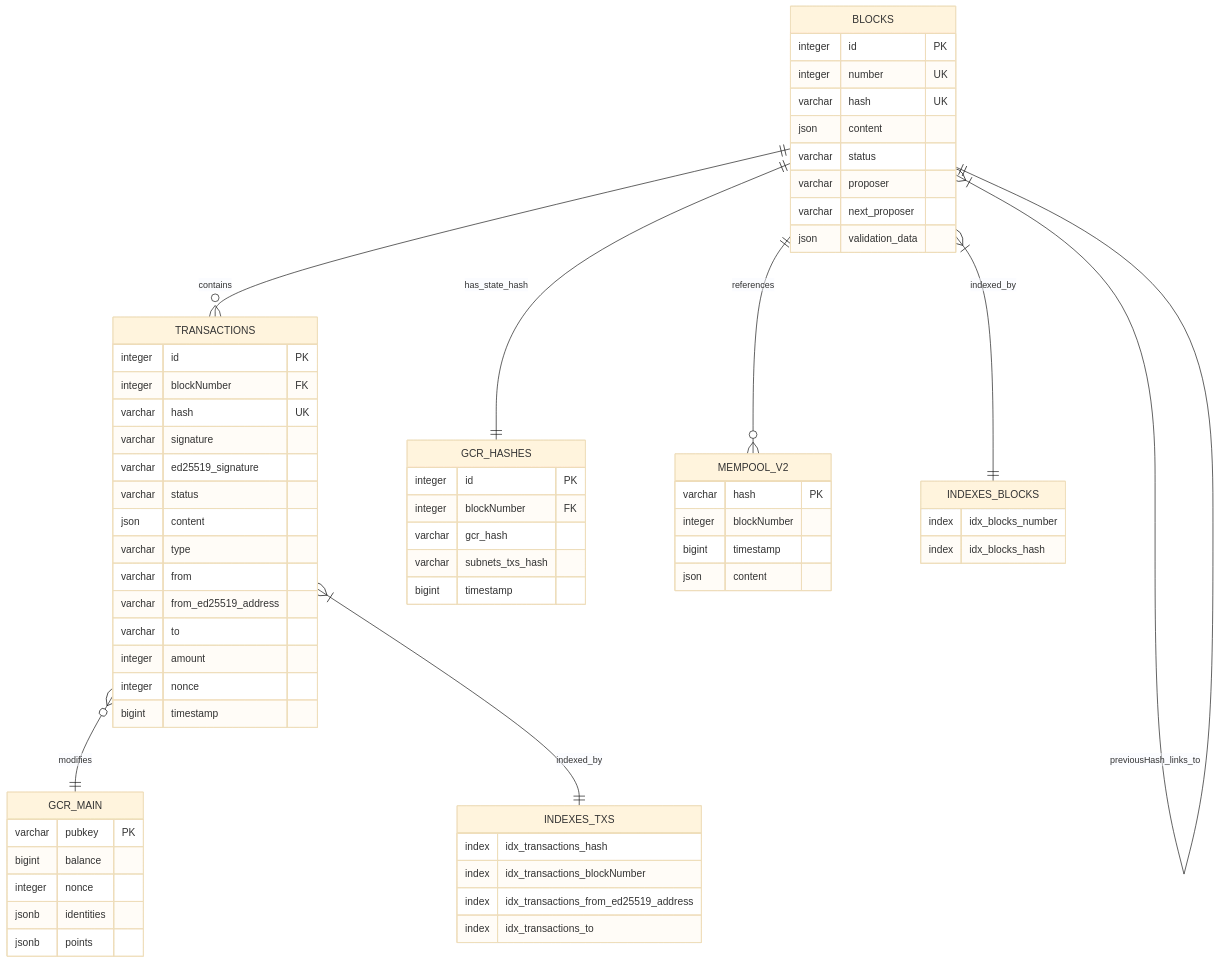
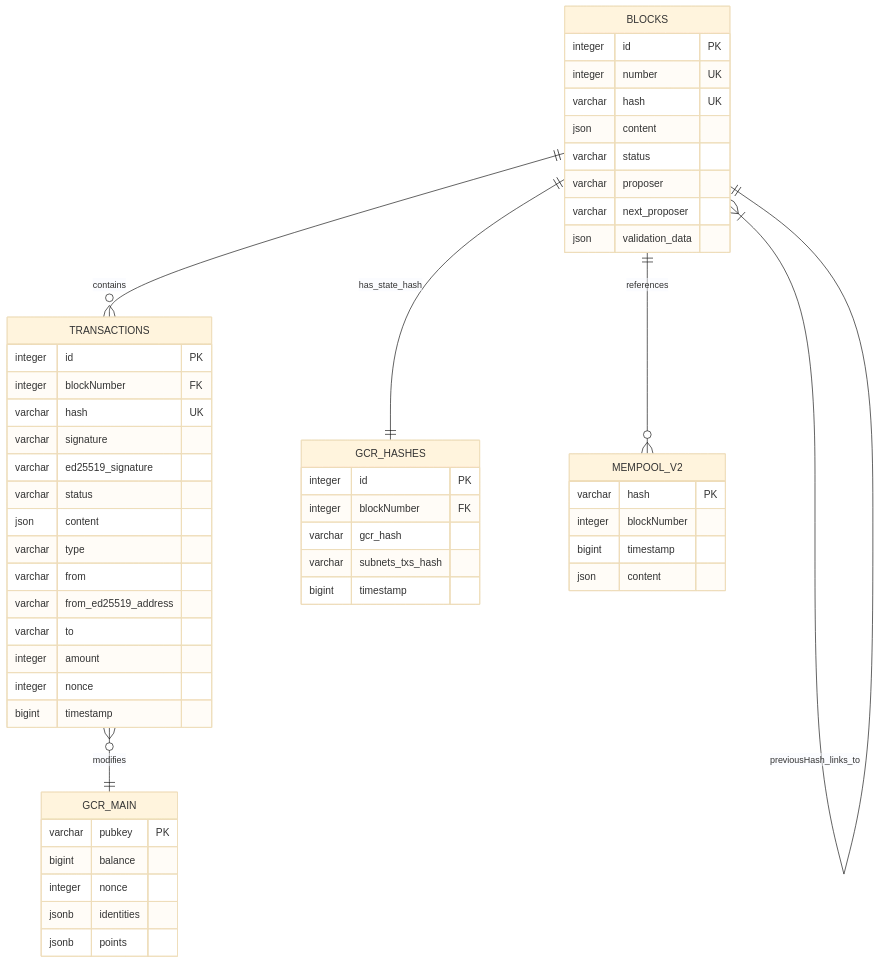
One commit to Shitikyan/node changed the eighth of 9 diagrams in diagrams/block-creation/BLOCK_CREATION_VALIDATION.md. Above: the diagram before and after it, drawn with Mermaid (base theme). The commit also changed other lines of this file and 6 other files, not shown here.

````diff
--- a/diagrams/block-creation/BLOCK_CREATION_VALIDATION.md
+++ b/diagrams/block-creation/BLOCK_CREATION_VALIDATION.md
@@ -533,74 +533,59 @@
 ```mermaid
 erDiagram
     BLOCKS {
         integer id PK
         integer number UK
         varchar hash UK
         json content
         varchar status
         varchar proposer
         varchar next_proposer
         json validation_data
     }
 
     TRANSACTIONS {
         integer id PK
         integer blockNumber FK
         varchar hash UK
         varchar signature
         varchar ed25519_signature
         varchar status
         json content
         varchar type
         varchar from
         varchar from_ed25519_address
         varchar to
         integer amount
         integer nonce
         bigint timestamp
     }
 
     GCR_HASHES {
         integer id PK
         integer blockNumber FK
         varchar gcr_hash
         varchar subnets_txs_hash
         bigint timestamp
     }
 
     GCR_MAIN {
         varchar pubkey PK
         bigint balance
         integer nonce
         jsonb identities
         jsonb points
     }
 
     MEMPOOL_V2 {
         varchar hash PK
         integer blockNumber
         bigint timestamp
         json content
     }
 
     BLOCKS ||--o{ TRANSACTIONS : contains
     BLOCKS ||--|| GCR_HASHES : has_state_hash
     BLOCKS ||--o{ MEMPOOL_V2 : references
     TRANSACTIONS }o--|| GCR_MAIN : modifies
     BLOCKS }|--|| BLOCKS : previousHash_links_to
-
-    BLOCKS }|--|| INDEXES_BLOCKS : indexed_by
-    TRANSACTIONS }|--|| INDEXES_TXS : indexed_by
-
-    INDEXES_BLOCKS {
-        index idx_blocks_number
-        index idx_blocks_hash
-    }
-
-    INDEXES_TXS {
-        index idx_transactions_hash
-        index idx_transactions_blockNumber
-        index idx_transactions_from_ed25519_address
-        index idx_transactions_to
-    }
 ```
````
